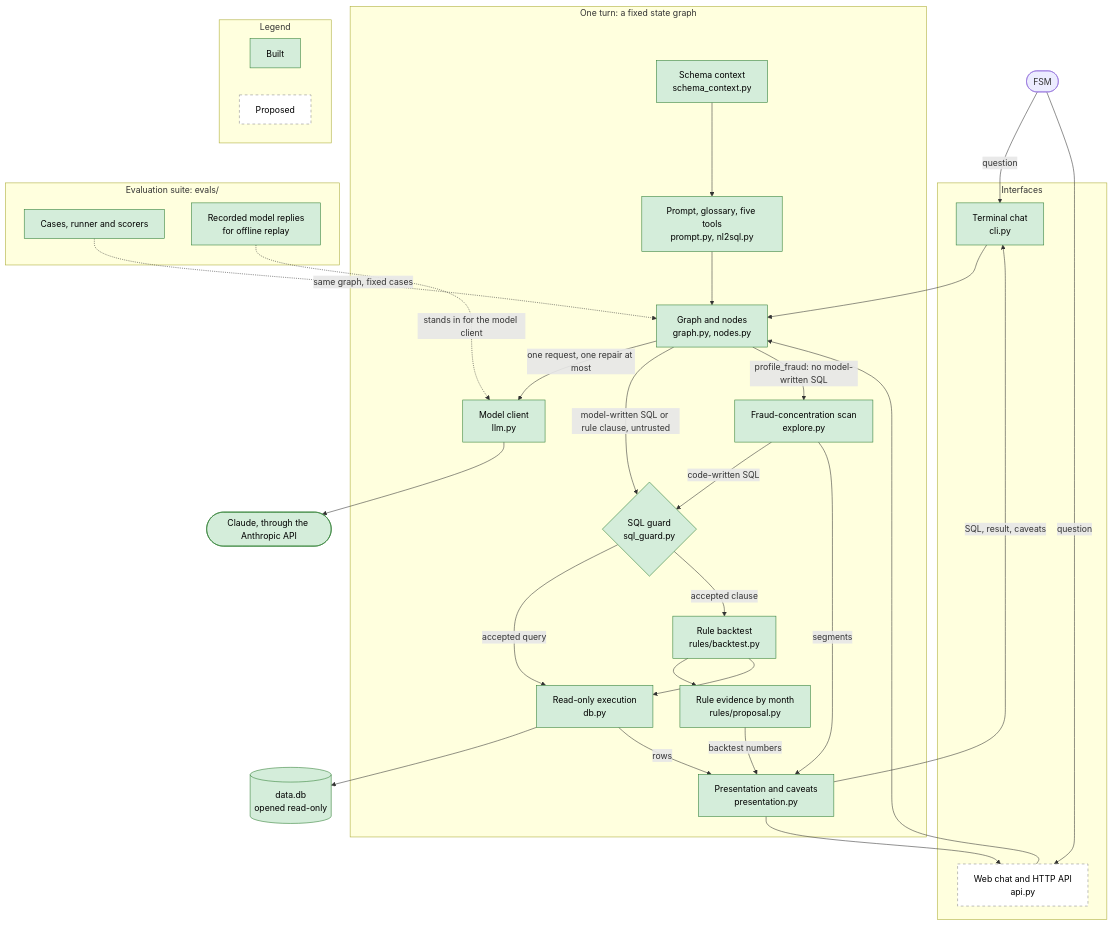
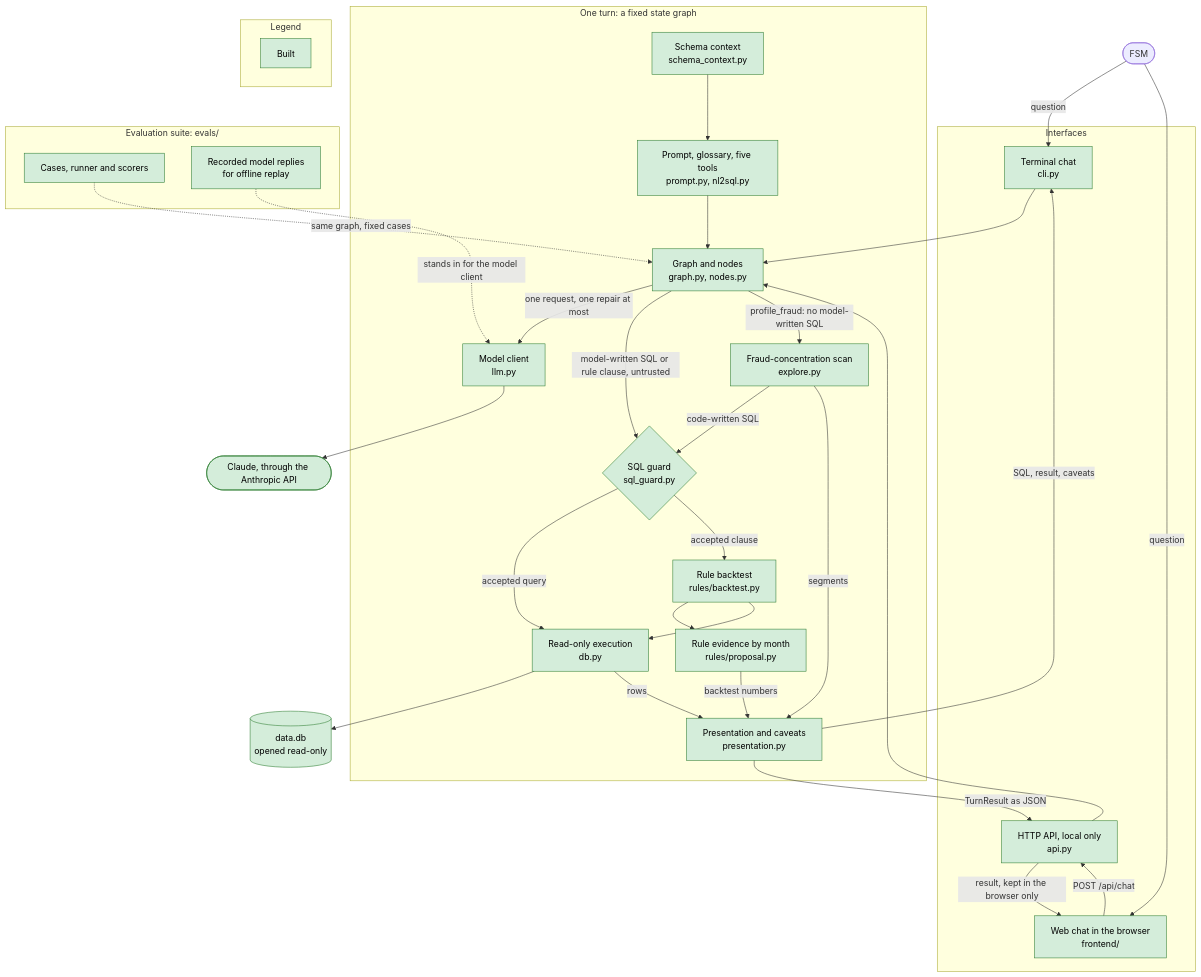
Before and after one commit to eliandrog/fsm-assistant-challenge: the first of 2 diagrams in docs/ARCHITECTURE.md, drawn with Mermaid. The commit also changed other lines of this file and 94 other files, not shown here.

Commit message:
Add the HTTP API and web chat

````diff
--- a/docs/ARCHITECTURE.md
+++ b/docs/ARCHITECTURE.md
@@ -37,64 +38,64 @@
 ```mermaid
 flowchart TD
     FSM(["FSM"])
 
     subgraph IF["Interfaces"]
         CLI["Terminal chat<br/>cli.py"]
-        WEB["Web chat and HTTP API<br/>api.py"]
+        API["HTTP API, local only<br/>api.py"]
+        WEB["Web chat in the browser<br/>frontend/"]
     end
 
     subgraph TURN["One turn: a fixed state graph"]
         GRAPH["Graph and nodes<br/>graph.py, nodes.py"]
         PROMPT["Prompt, glossary, five tools<br/>prompt.py, nl2sql.py"]
         SCHEMA["Schema context<br/>schema_context.py"]
         MODEL["Model client<br/>llm.py"]
         GUARD{"SQL guard<br/>sql_guard.py"}
         EXEC["Read-only execution<br/>db.py"]
         BT["Rule backtest<br/>rules/backtest.py"]
         PROP["Rule evidence by month<br/>rules/proposal.py"]
         SCAN["Fraud-concentration scan<br/>explore.py"]
         PRES["Presentation and caveats<br/>presentation.py"]
     end
 
     CLAUDE(["Claude, through the Anthropic API"])
     DB[("data.db<br/>opened read-only")]
 
     subgraph EV["Evaluation suite: evals/"]
         CASES["Cases, runner and scorers"]
         REC["Recorded model replies<br/>for offline replay"]
     end
 
     FSM -->|"question"| CLI
     FSM -->|"question"| WEB
+    WEB -->|"POST /api/chat"| API
     CLI --> GRAPH
-    WEB --> GRAPH
+    API --> GRAPH
     SCHEMA --> PROMPT
     PROMPT --> GRAPH
     GRAPH -->|"one request, one repair at most"| MODEL
     MODEL --> CLAUDE
     GRAPH -->|"model-written SQL or rule clause, untrusted"| GUARD
     GUARD -->|"accepted query"| EXEC
     GUARD -->|"accepted clause"| BT
     BT --> PROP
     BT --> EXEC
     GRAPH -->|"profile_fraud: no model-written SQL"| SCAN
     SCAN -->|"code-written SQL"| GUARD
     SCAN -->|"segments"| PRES
     EXEC --> DB
     EXEC -->|"rows"| PRES
     PROP -->|"backtest numbers"| PRES
     PRES -->|"SQL, result, caveats"| CLI
-    PRES --> WEB
+    PRES -->|"TurnResult as JSON"| API
+    API -->|"result, kept in the browser only"| WEB
     CASES -.->|"same graph, fixed cases"| GRAPH
     REC -.->|"stands in for the model client"| MODEL
 
     subgraph LEGEND["Legend"]
         L1["Built"]
-        L2["Proposed"]
     end
 
     classDef built fill:#d4edda,stroke:#2e7d32,color:#000
-    classDef proposed fill:#ffffff,stroke:#888888,stroke-dasharray: 5 5,color:#000
-    class CLI,GRAPH,PROMPT,PRES,SCHEMA,EXEC,BT,PROP,GUARD,DB,MODEL,CLAUDE,CASES,REC,SCAN,L1 built
-    class WEB,L2 proposed
+    class CLI,API,WEB,GRAPH,PROMPT,PRES,SCHEMA,EXEC,BT,PROP,GUARD,DB,MODEL,CLAUDE,CASES,REC,SCAN,L1 built
 ```
````
